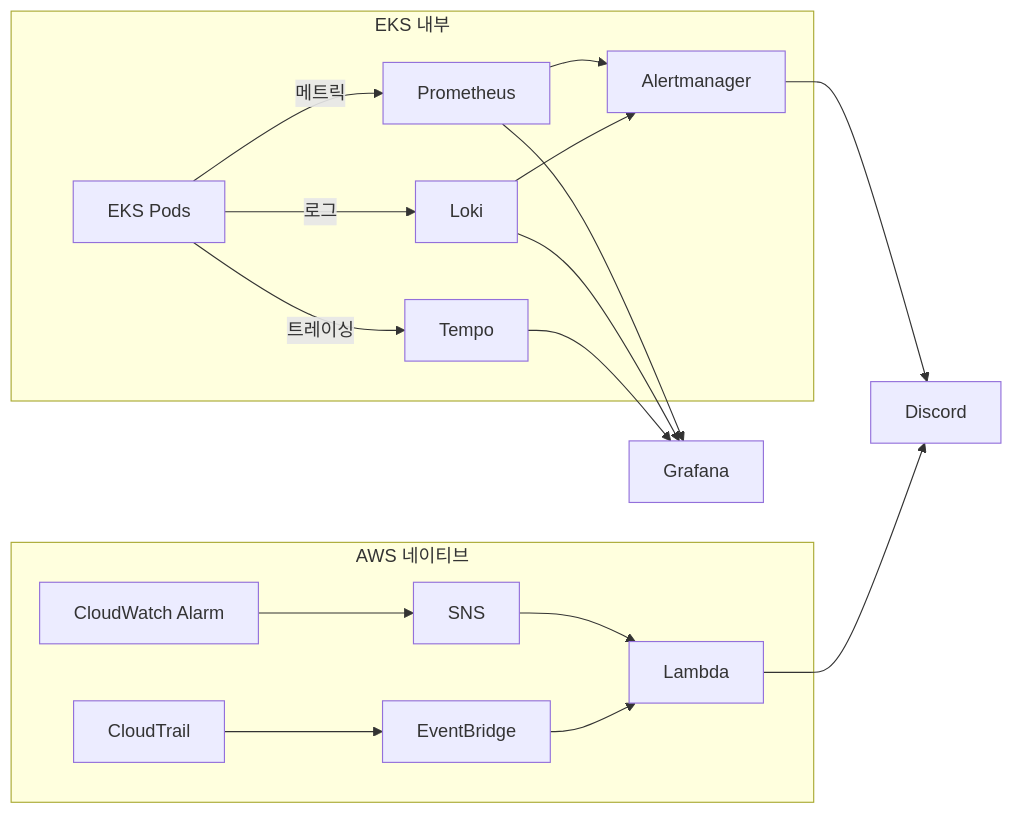
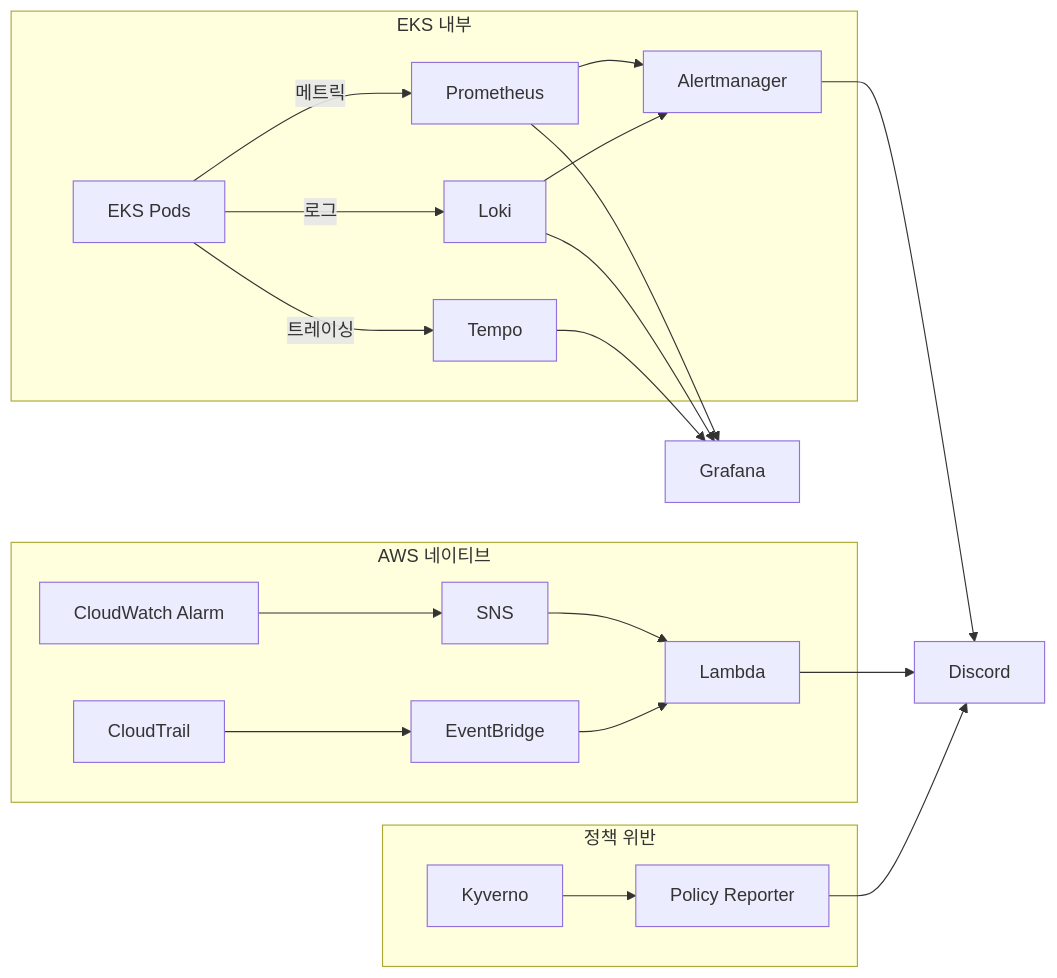
One commit to goorm-gongbang/001-finalPR changed the diagram in docs/content/infrastructure/monitoring.md. Above: the diagram before and after it, drawn with Mermaid. The commit also changed other lines of this file and 3 other files, not shown here.

````diff
--- a/docs/content/infrastructure/monitoring.md
+++ b/docs/content/infrastructure/monitoring.md
@@ -9,36 +9,42 @@
 ```mermaid
 flowchart LR
     subgraph EKS["EKS 내부"]
         EKS_PODS[EKS Pods]
         PROM[Prometheus]
         LOKI[Loki]
         TEMPO[Tempo]
         ALERT[Alertmanager]
     end
 
     subgraph AWS["AWS 네이티브"]
         CW[CloudWatch Alarm]
         CT[CloudTrail]
         EB[EventBridge]
         SNS[SNS]
         LAMBDA[Lambda]
+    end
+
+    subgraph POLICY["정책 위반"]
+        KYV[Kyverno]
+        PR[Policy Reporter]
     end
 
     GRAF[Grafana]
     DISCORD[Discord]
 
     EKS_PODS -->|메트릭| PROM
     EKS_PODS -->|로그| LOKI
     EKS_PODS -->|트레이싱| TEMPO
 
     PROM --> GRAF
     LOKI --> GRAF
     TEMPO --> GRAF
     PROM --> ALERT
     LOKI --> ALERT
     ALERT --> DISCORD
 
     CW --> SNS
     SNS --> LAMBDA --> DISCORD
     CT --> EB --> LAMBDA
+    KYV --> PR --> DISCORD
 ```
````
